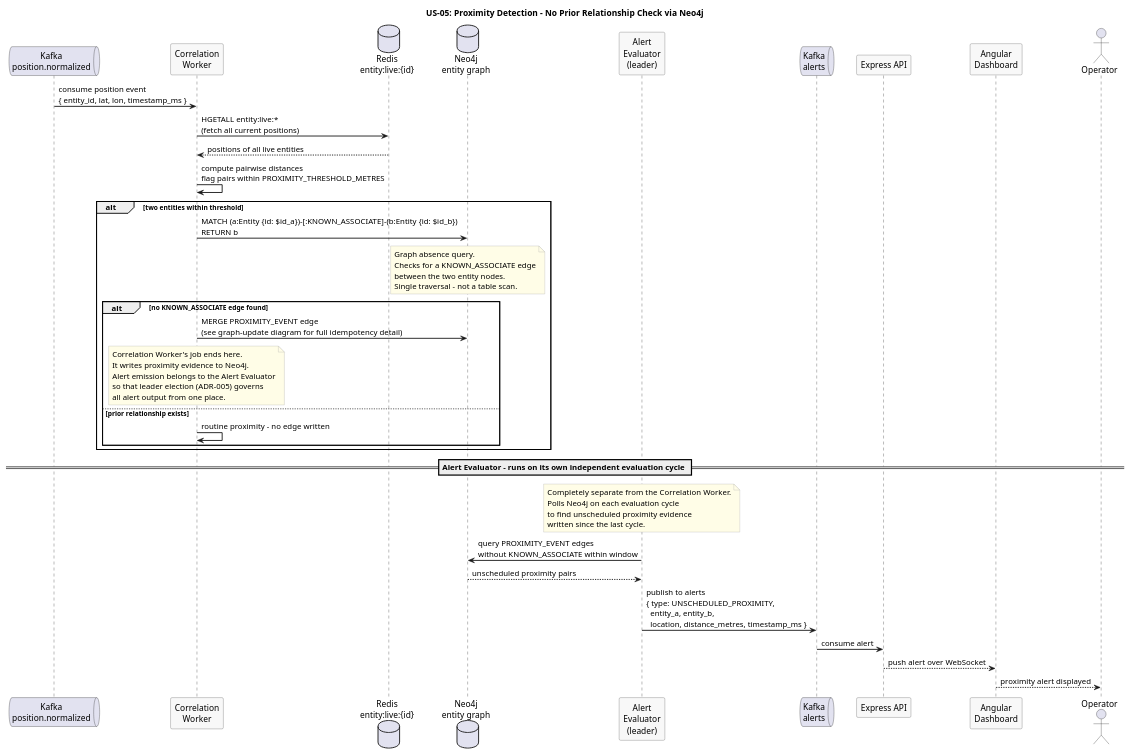
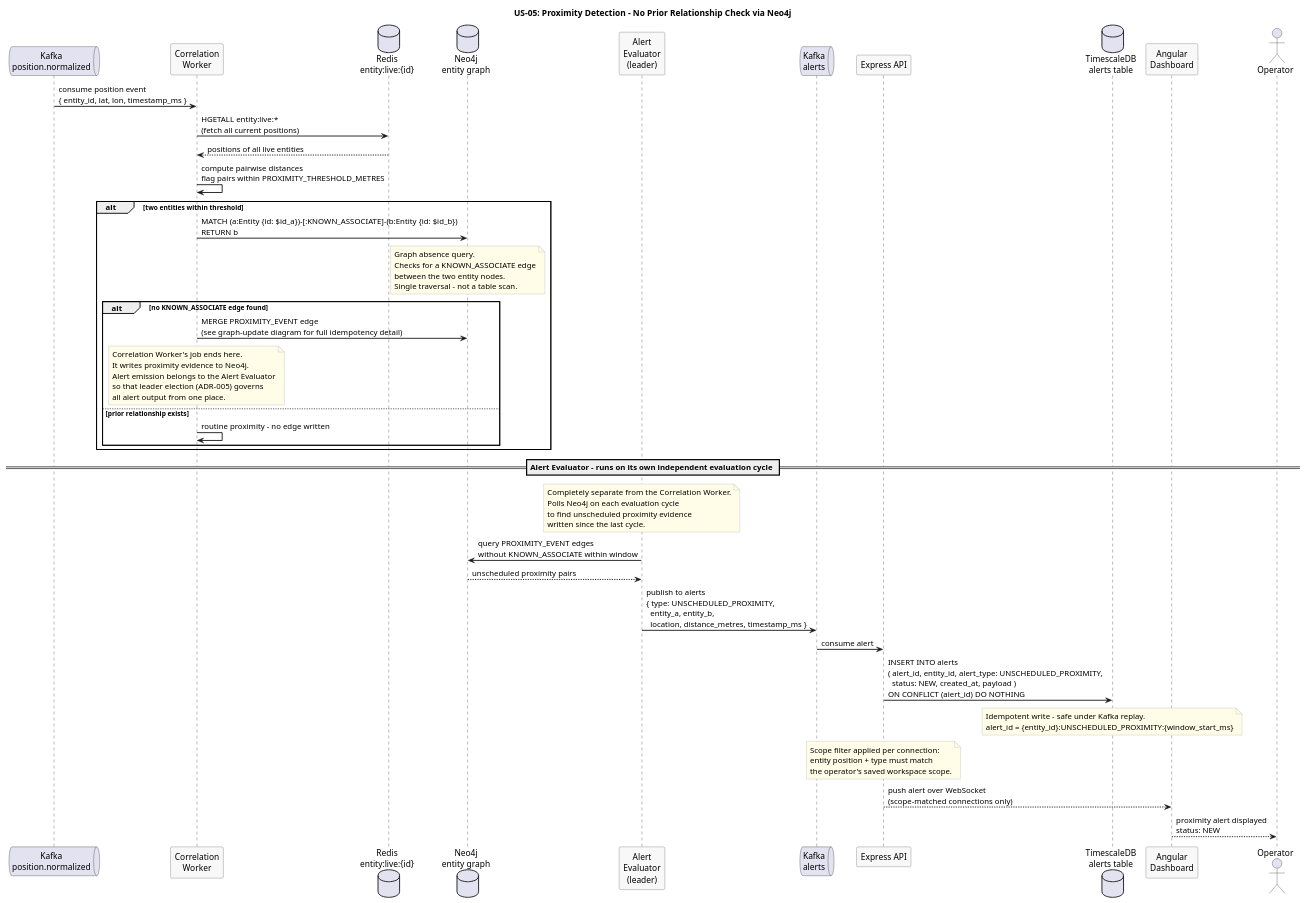
One commit to Buffden/sentinel changed the diagram in docs/use-cases/US-05-unscheduled-proximity/proximity-detection.puml. Above: the diagram before and after it, drawn with PlantUML. The commit also changed 13 other files, not shown here.

Commit message:
docs: sync existing use case diagrams with auth, alert table writes, and scope filtering

```diff
--- a/docs/use-cases/US-05-unscheduled-proximity/proximity-detection.puml
+++ b/docs/use-cases/US-05-unscheduled-proximity/proximity-detection.puml
@@ -1,69 +1,83 @@
 @startuml proximity-detection
 title US-05: Proximity Detection - No Prior Relationship Check via Neo4j
 
 skinparam sequenceArrowThickness 1.5
 skinparam participantBorderColor #555555
 skinparam participantBackgroundColor #F8F8F8
 skinparam noteBorderColor #AAAAAA
 skinparam noteBackgroundColor #FFFDE7
 
 queue "Kafka\nposition.normalized" as Kafka
 participant "Correlation\nWorker" as Correlation
 database "Redis\nentity:live:{id}" as Redis
 database "Neo4j\nentity graph" as Neo4j
 participant "Alert\nEvaluator\n(leader)" as Evaluator
 queue "Kafka\nalerts" as Alerts
 participant "Express API" as API
+database "TimescaleDB\nalerts table" as TSDB
 participant "Angular\nDashboard" as Dashboard
 actor Operator
 
 Kafka -> Correlation : consume position event\n{ entity_id, lat, lon, timestamp_ms }
 
 Correlation -> Redis : HGETALL entity:live:*\n(fetch all current positions)
 Redis --> Correlation : positions of all live entities
 
 Correlation -> Correlation : compute pairwise distances\nflag pairs within PROXIMITY_THRESHOLD_METRES
 
 alt two entities within threshold
   Correlation -> Neo4j : MATCH (a:Entity {id: $id_a})-[:KNOWN_ASSOCIATE]-(b:Entity {id: $id_b})\nRETURN b
 
   note over Neo4j
     Graph absence query.
     Checks for a KNOWN_ASSOCIATE edge
     between the two entity nodes.
     Single traversal - not a table scan.
   end note
 
   alt no KNOWN_ASSOCIATE edge found
     Correlation -> Neo4j : MERGE PROXIMITY_EVENT edge\n(see graph-update diagram for full idempotency detail)
 
     note over Correlation
       Correlation Worker's job ends here.
       It writes proximity evidence to Neo4j.
       Alert emission belongs to the Alert Evaluator
       so that leader election (ADR-005) governs
       all alert output from one place.
     end note
   else prior relationship exists
     Correlation -> Correlation : routine proximity - no edge written
   end
 end
 
 == Alert Evaluator - runs on its own independent evaluation cycle ==
 
 note over Evaluator
   Completely separate from the Correlation Worker.
   Polls Neo4j on each evaluation cycle
   to find unscheduled proximity evidence
   written since the last cycle.
 end note
 
 Evaluator -> Neo4j : query PROXIMITY_EVENT edges\nwithout KNOWN_ASSOCIATE within window
 Neo4j --> Evaluator : unscheduled proximity pairs
 Evaluator -> Alerts : publish to alerts\n{ type: UNSCHEDULED_PROXIMITY,\n  entity_a, entity_b,\n  location, distance_metres, timestamp_ms }
 
 Alerts -> API : consume alert
-API --> Dashboard : push alert over WebSocket
-Dashboard --> Operator : proximity alert displayed
+API -> TSDB : INSERT INTO alerts\n( alert_id, entity_id, alert_type: UNSCHEDULED_PROXIMITY,\n  status: NEW, created_at, payload )\nON CONFLICT (alert_id) DO NOTHING
+
+note over TSDB
+  Idempotent write - safe under Kafka replay.
+  alert_id = {entity_id}:UNSCHEDULED_PROXIMITY:{window_start_ms}
+end note
+
+note over API
+  Scope filter applied per connection:
+  entity position + type must match
+  the operator's saved workspace scope.
+end note
+
+API --> Dashboard : push alert over WebSocket\n(scope-matched connections only)
+Dashboard --> Operator : proximity alert displayed\nstatus: NEW
 
 @enduml
```
